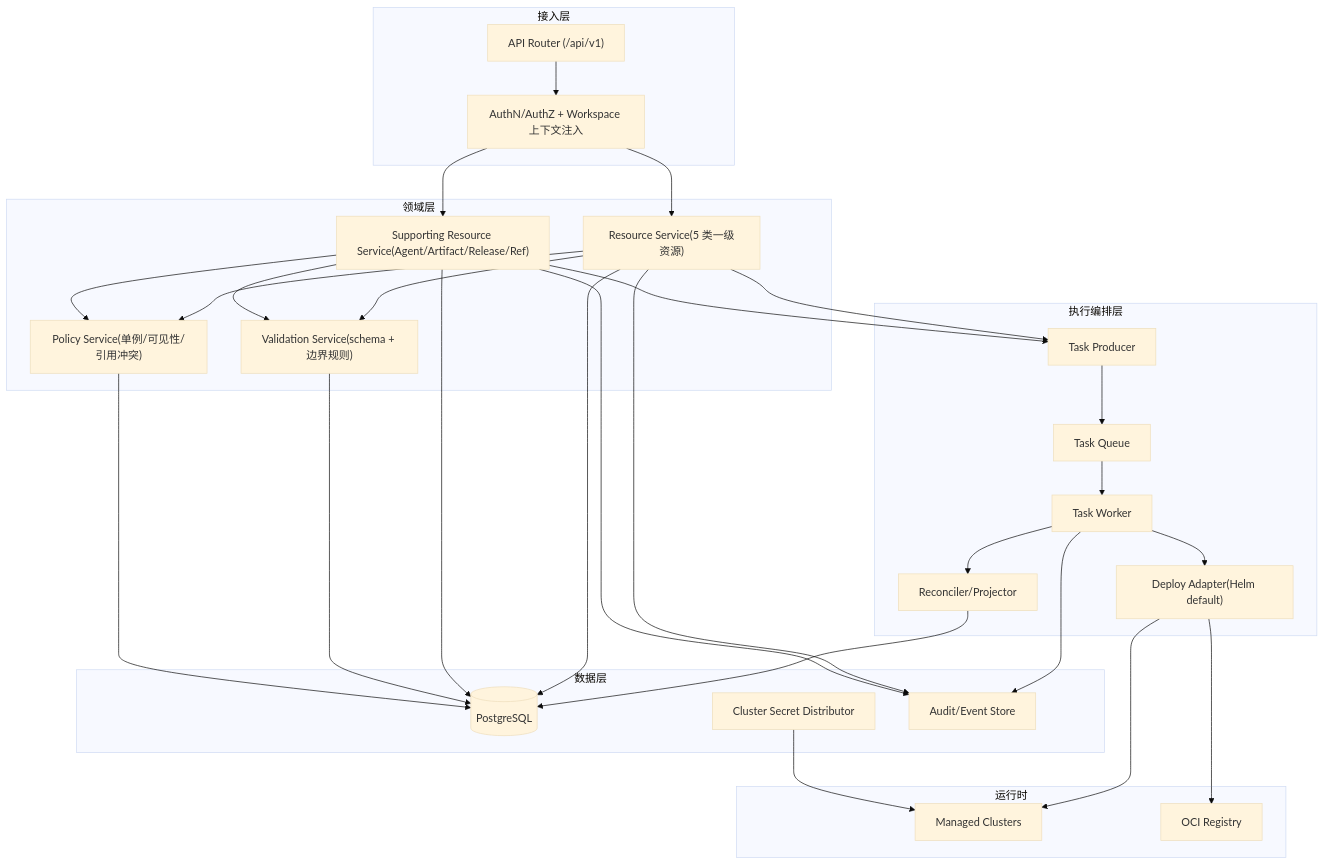
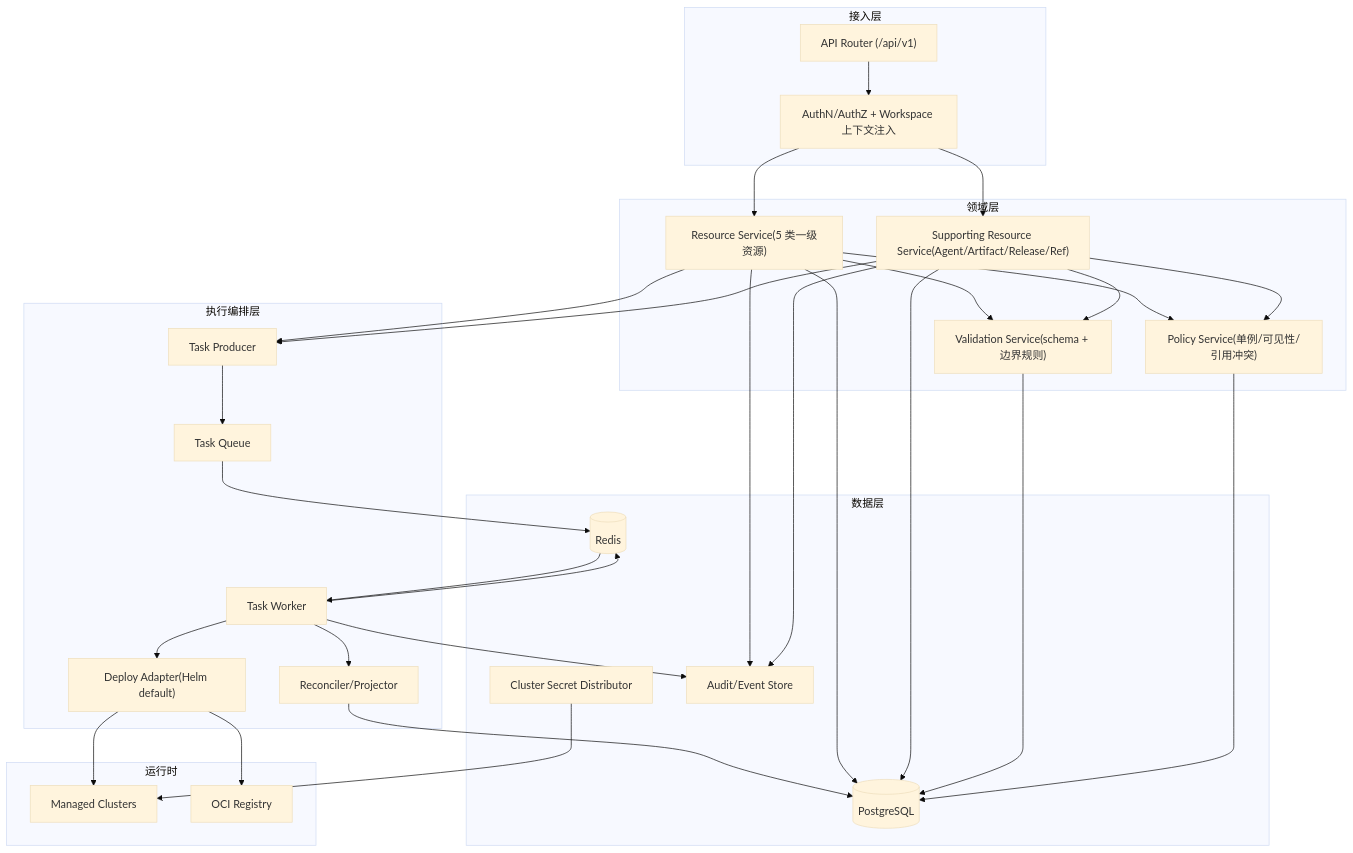
The second of 24 diagrams in docs/design.md (sentanl869/aether), drawn with Mermaid (base theme) before and after one commit. The commit also changed other lines of this file and 2 other files, not shown here.

Commit message:
[UPDATE]Complete T22 Redis execution-infrastructure convergence and sync design/task/decision docs

````diff
--- a/docs/design.md
+++ b/docs/design.md
@@ -231,58 +232,61 @@
 ```mermaid
 flowchart TB
   subgraph Ingress["接入层"]
     GW["API Router (/api/v1)"]
     AUTH["AuthN/AuthZ + Workspace 上下文注入"]
   end
 
   subgraph Domain["领域层"]
     RS["Resource Service(5 类一级资源)"]
     SS["Supporting Resource Service(Agent/Artifact/Release/Ref)"]
     VS["Validation Service(schema + 边界规则)"]
     PS["Policy Service(单例/可见性/引用冲突)"]
   end
 
   subgraph Execution["执行编排层"]
     TP["Task Producer"]
     Q["Task Queue"]
     WK["Task Worker"]
     ADP["Deploy Adapter(Helm default)"]
     REC["Reconciler/Projector"]
   end
 
   subgraph Data["数据层"]
     PG[("PostgreSQL")]
+    RD[("Redis")]
     KCS["Cluster Secret Distributor"]
     EVT["Audit/Event Store"]
   end
 
   subgraph Runtime["运行时"]
     MC["Managed Clusters"]
     REG["OCI Registry"]
   end
 
   GW --> AUTH
   AUTH --> RS
   AUTH --> SS
   RS --> VS
   SS --> VS
   RS --> PS
   SS --> PS
   RS --> TP
   SS --> TP
   TP --> Q
-  Q --> WK
+  Q --> RD
+  RD --> WK
+  WK --> RD
   WK --> ADP
   ADP --> MC
   ADP --> REG
   WK --> REC
   REC --> PG
   RS --> PG
   SS --> PG
   VS --> PG
   PS --> PG
   WK --> EVT
   RS --> EVT
   SS --> EVT
   KCS --> MC
 ```
````
